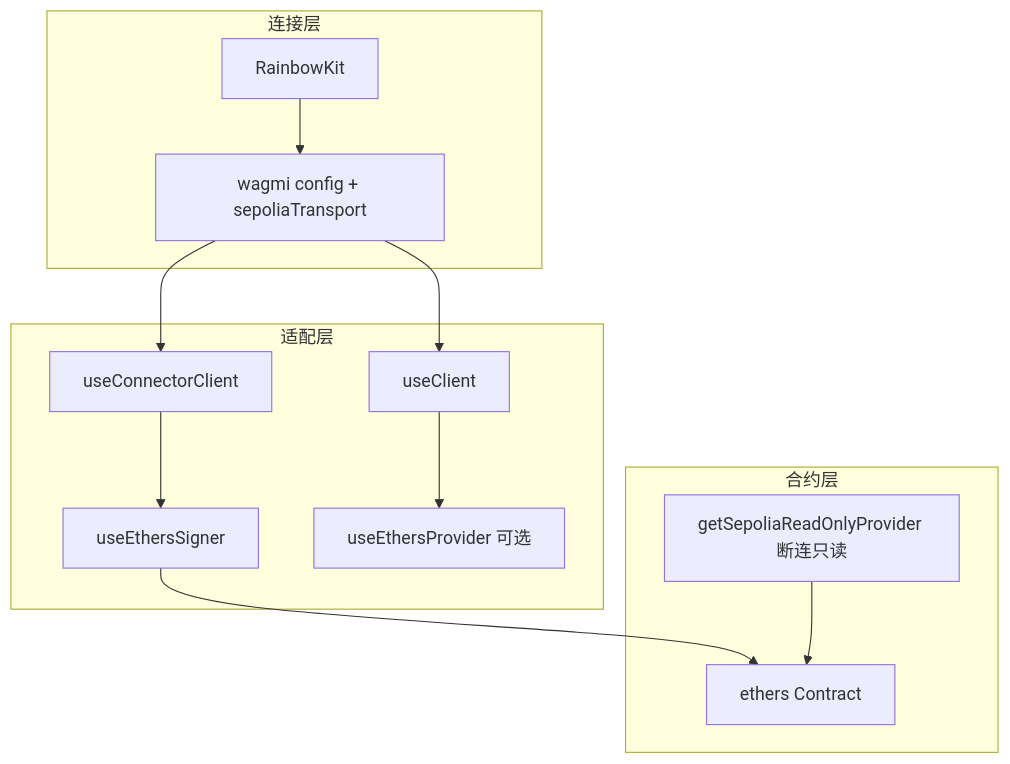
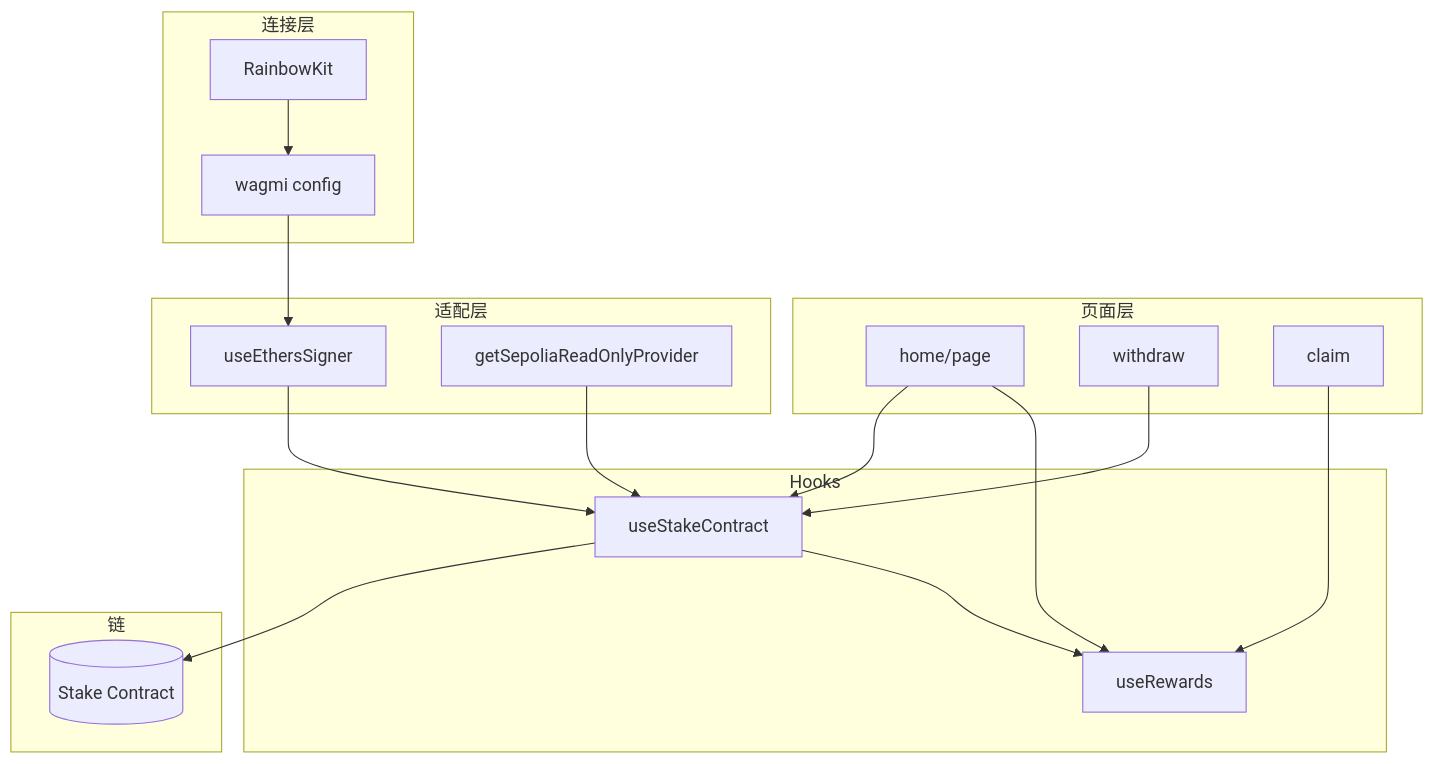
The second of 2 diagrams in stake-fe/docs/前端架构与代码导读.md (Decembertwentyday/Advanced2-contract-stake), drawn with Mermaid before and after one commit. The commit also changed other lines of this file and 22 other files, not shown here.

````diff
--- a/stake-fe/docs/前端架构与代码导读.md
+++ b/stake-fe/docs/前端架构与代码导读.md
@@ -29,24 +227,33 @@
 ```mermaid
 flowchart TB
-  subgraph ui [连接层]
-    RK[RainbowKit]
-    W[wagmi config + sepoliaTransport]
-    RK --> W
+  subgraph pages [页面层]
+    Home[home/page]
+    Wd[withdraw]
+    Cl[claim]
+  end
+  subgraph hooks [Hooks]
+    UR[useRewards]
+    USC[useStakeContract]
   end
   subgraph adapt [适配层]
-    UCC[useConnectorClient]
-    UC[useClient]
     ES[useEthersSigner]
-    EP[useEthersProvider 可选]
-    UCC --> ES
-    UC --> EP
+    RO[getSepoliaReadOnlyProvider]
   end
-  subgraph ethersLayer [合约层]
-    RO[getSepoliaReadOnlyProvider 断连只读]
-    C[ethers Contract]
-    ES --> C
-    RO --> C
+  subgraph wallet [连接层]
+    RK[RainbowKit]
+    WG[wagmi config]
   end
-  W --> UCC
-  W --> UC
+  subgraph chain [链]
+    SC[(Stake Contract)]
+  end
+  RK --> WG
+  WG --> ES
+  ES --> USC
+  RO --> USC
+  USC --> UR
+  Home --> UR
+  Home --> USC
+  Wd --> USC
+  Cl --> UR
+  USC --> SC
 ```
````
